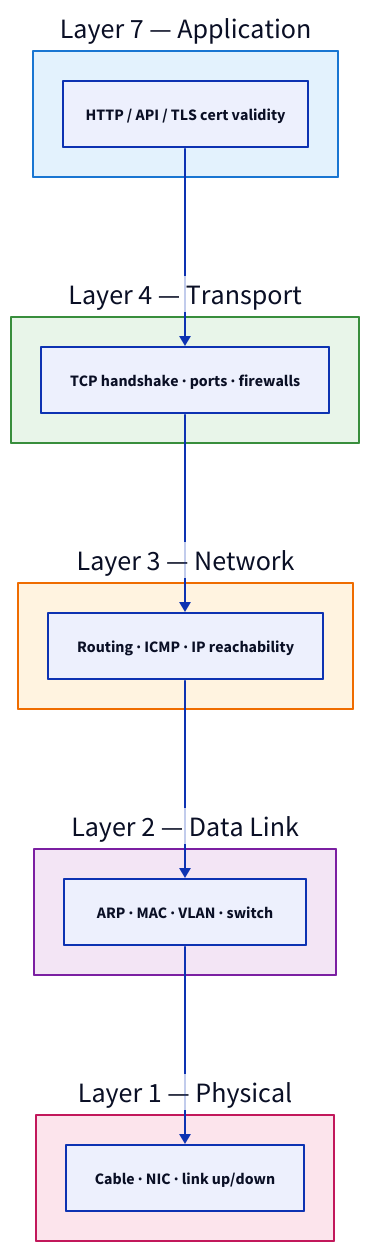
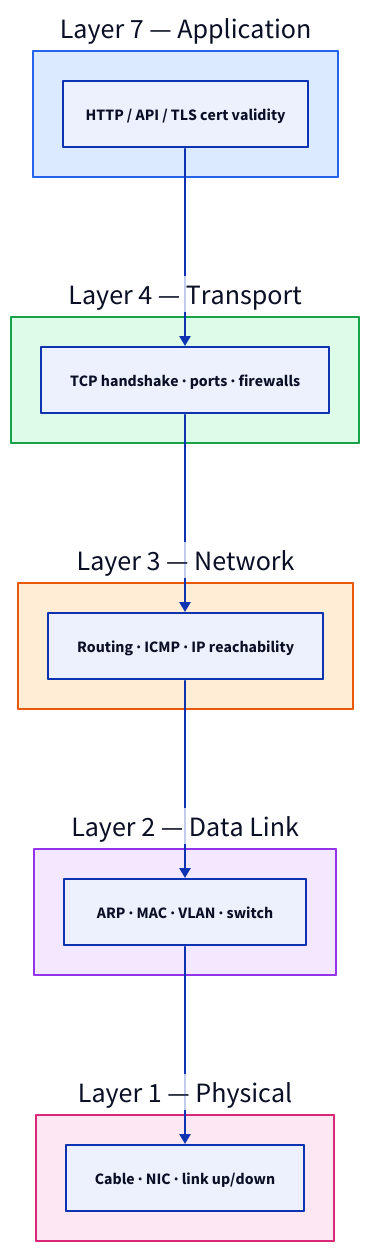
Before and after one commit to rebash-rebash/rebash-academy: the diagram in docs/networking/network-troubleshooting-methodology.md, drawn with D2. The commit also changed 177 other files, not shown here.

First line of the commit message:
Ship Terraform track, diagram polish, and new brand favicon.

````diff
--- a/docs/networking/network-troubleshooting-methodology.md
+++ b/docs/networking/network-troubleshooting-methodology.md
@@ -54,43 +54,43 @@
 ```d2
 direction: down
 
 L7: "Layer 7 — Application" {
       style: {
-        fill: "#e3f2fd"
-        stroke: "#1976d2"
+        fill: "#dbeafe"
+        stroke: "#2563eb"
       }
         APP: "HTTP / API / TLS cert validity"
     }
     L4: "Layer 4 — Transport" {
       style: {
-        fill: "#e8f5e9"
-        stroke: "#388e3c"
+        fill: "#dcfce7"
+        stroke: "#16a34a"
       }
         TCP: "TCP handshake · ports · firewalls"
     }
     L3: "Layer 3 — Network" {
       style: {
-        fill: "#fff3e0"
-        stroke: "#ef6c00"
+        fill: "#ffedd5"
+        stroke: "#ea580c"
       }
         IP: "Routing · ICMP · IP reachability"
     }
     L2: "Layer 2 — Data Link" {
       style: {
-        fill: "#f3e5f5"
-        stroke: "#7b1fa2"
+        fill: "#f3e8ff"
+        stroke: "#9333ea"
       }
         ARP: "ARP · MAC · VLAN · switch"
     }
     L1: "Layer 1 — Physical" {
       style: {
-        fill: "#fce4ec"
-        stroke: "#c2185b"
+        fill: "#fce7f3"
+        stroke: "#db2777"
       }
         PHY: "Cable · NIC · link up/down"
     }
     L7.APP -> L4.TCP
     L4.TCP -> L3.IP
     L3.IP -> L2.ARP
     L2.ARP -> L1.PHY
 ```
````
